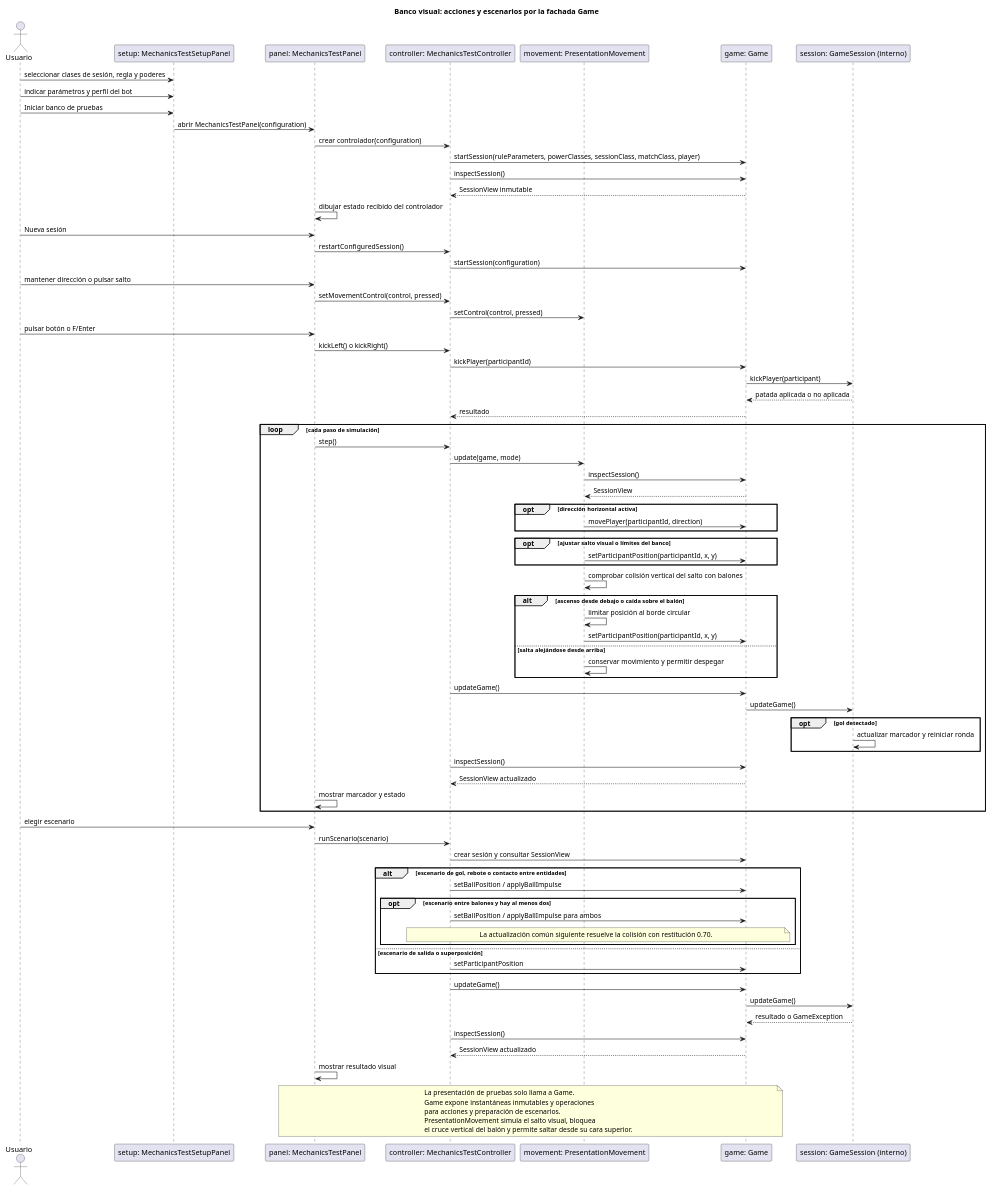
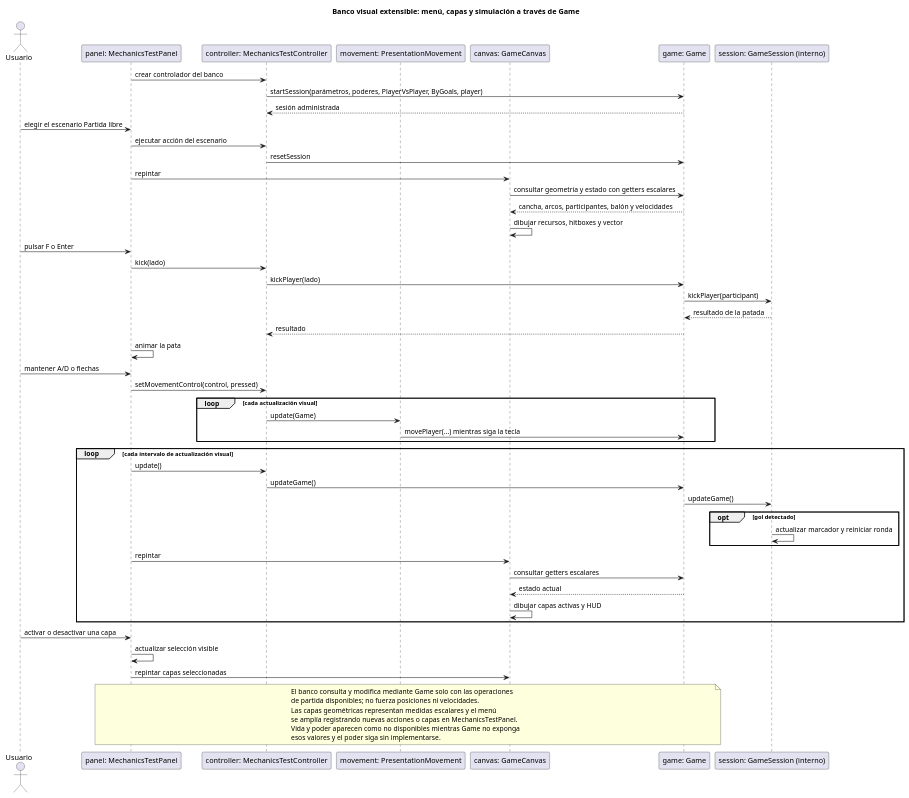
One commit to PaglkG/ProyectoFinal-Dopo changed the diagram in docs/uml/mechanics-test-sequence.puml. Above: the diagram before and after it, drawn with PlantUML. The commit also changed 50 other files, not shown here.

Commit message:
estrructura general, diagrama de clases de coliciones

```diff
--- a/docs/uml/mechanics-test-sequence.puml
+++ b/docs/uml/mechanics-test-sequence.puml
@@ -1,89 +1,62 @@
 @startuml
-title Banco visual: acciones y escenarios por la fachada Game
+title Banco visual extensible: menú, capas y simulación a través de Game
 actor Usuario
-participant "setup: MechanicsTestSetupPanel" as Setup
 participant "panel: MechanicsTestPanel" as P
 participant "controller: MechanicsTestController" as C
 participant "movement: PresentationMovement" as M
+participant "canvas: GameCanvas" as V
 participant "game: Game" as G
 participant "session: GameSession (interno)" as S
 
-Usuario -> Setup: seleccionar clases de sesión, regla y poderes
-Usuario -> Setup: indicar parámetros y perfil del bot
-Usuario -> Setup: Iniciar banco de pruebas
-Setup -> P: abrir MechanicsTestPanel(configuration)
-P -> C: crear controlador(configuration)
-C -> G: startSession(ruleParameters, powerClasses, sessionClass, matchClass, player)
-C -> G: inspectSession()
-G --> C: SessionView inmutable
-P -> P: dibujar estado recibido del controlador
+P -> C: crear controlador del banco
+C -> G: startSession(parámetros, poderes, PlayerVsPlayer, ByGoals, player)
+G --> C: sesión administrada
+Usuario -> P: elegir el escenario Partida libre
+P -> C: ejecutar acción del escenario
+C -> G: resetSession
+P -> V: repintar
+V -> G: consultar geometría y estado con getters escalares
+G --> V: cancha, arcos, participantes, balón y velocidades
+V -> V: dibujar recursos, hitboxes y vector
 
-Usuario -> P: Nueva sesión
-P -> C: restartConfiguredSession()
-C -> G: startSession(configuration)
+Usuario -> P: pulsar F o Enter
+P -> C: kick(lado)
+C -> G: kickPlayer(lado)
+G -> S: kickPlayer(participant)
+S --> G: resultado de la patada
+G --> C: resultado
+P -> P: animar la pata
 
-Usuario -> P: mantener dirección o pulsar salto
+Usuario -> P: mantener A/D o flechas
 P -> C: setMovementControl(control, pressed)
-C -> M: setControl(control, pressed)
-Usuario -> P: pulsar botón o F/Enter
-P -> C: kickLeft() o kickRight()
-C -> G: kickPlayer(participantId)
-G -> S: kickPlayer(participant)
-S --> G: patada aplicada o no aplicada
-G --> C: resultado
+loop cada actualización visual
+  C -> M: update(Game)
+  M -> G: movePlayer(...) mientras siga la tecla
+end
 
-loop cada paso de simulación
-  P -> C: step()
-  C -> M: update(game, mode)
-  M -> G: inspectSession()
-  G --> M: SessionView
-  opt dirección horizontal activa
-    M -> G: movePlayer(participantId, direction)
-  end
-  opt ajustar salto visual o límites del banco
-    M -> G: setParticipantPosition(participantId, x, y)
-  end
-  M -> M: comprobar colisión vertical del salto con balones
-  alt ascenso desde debajo o caída sobre el balón
-    M -> M: limitar posición al borde circular
-    M -> G: setParticipantPosition(participantId, x, y)
-  else salta alejándose desde arriba
-    M -> M: conservar movimiento y permitir despegar
-  end
+loop cada intervalo de actualización visual
+  P -> C: update()
   C -> G: updateGame()
   G -> S: updateGame()
   opt gol detectado
     S -> S: actualizar marcador y reiniciar ronda
   end
-  C -> G: inspectSession()
-  G --> C: SessionView actualizado
-  P -> P: mostrar marcador y estado
+  P -> V: repintar
+  V -> G: consultar getters escalares
+  G --> V: estado actual
+  V -> V: dibujar capas activas y HUD
 end
 
-Usuario -> P: elegir escenario
-P -> C: runScenario(scenario)
-C -> G: crear sesión y consultar SessionView
-alt escenario de gol, rebote o contacto entre entidades
-  C -> G: setBallPosition / applyBallImpulse
-  opt escenario entre balones y hay al menos dos
-    C -> G: setBallPosition / applyBallImpulse para ambos
-    note over C,G: La actualización común siguiente resuelve la colisión con restitución 0.70.
-  end
-else escenario de salida o superposición
-  C -> G: setParticipantPosition
-end
-C -> G: updateGame()
-G -> S: updateGame()
-S --> G: resultado o GameException
-C -> G: inspectSession()
-G --> C: SessionView actualizado
-P -> P: mostrar resultado visual
+Usuario -> P: activar o desactivar una capa
+P -> P: actualizar selección visible
+P -> V: repintar capas seleccionadas
 
 note over P,G
-  La presentación de pruebas solo llama a Game.
-  Game expone instantáneas inmutables y operaciones
-  para acciones y preparación de escenarios.
-  PresentationMovement simula el salto visual, bloquea
-  el cruce vertical del balón y permite saltar desde su cara superior.
+  El banco consulta y modifica mediante Game solo con las operaciones
+  de partida disponibles; no fuerza posiciones ni velocidades.
+  Las capas geométricas representan medidas escalares y el menú
+  se amplía registrando nuevas acciones o capas en MechanicsTestPanel.
+  Vida y poder aparecen como no disponibles mientras Game no exponga
+  esos valores y el poder siga sin implementarse.
 end note
 @enduml
```
